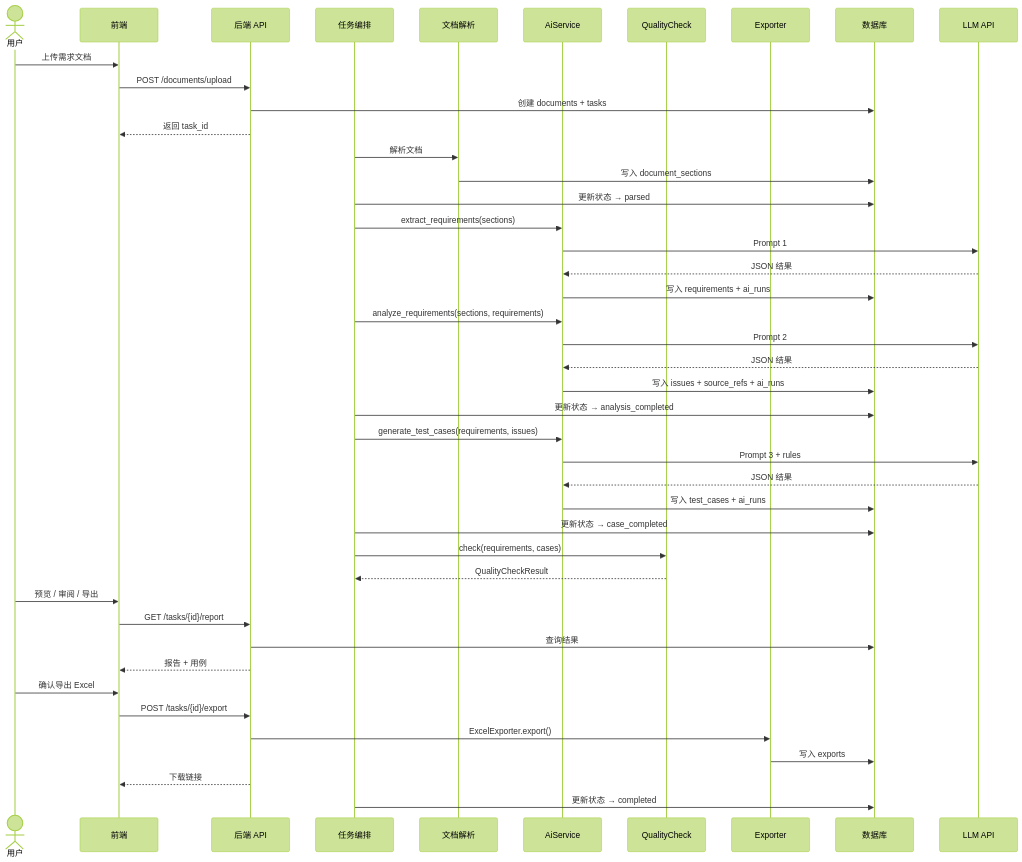
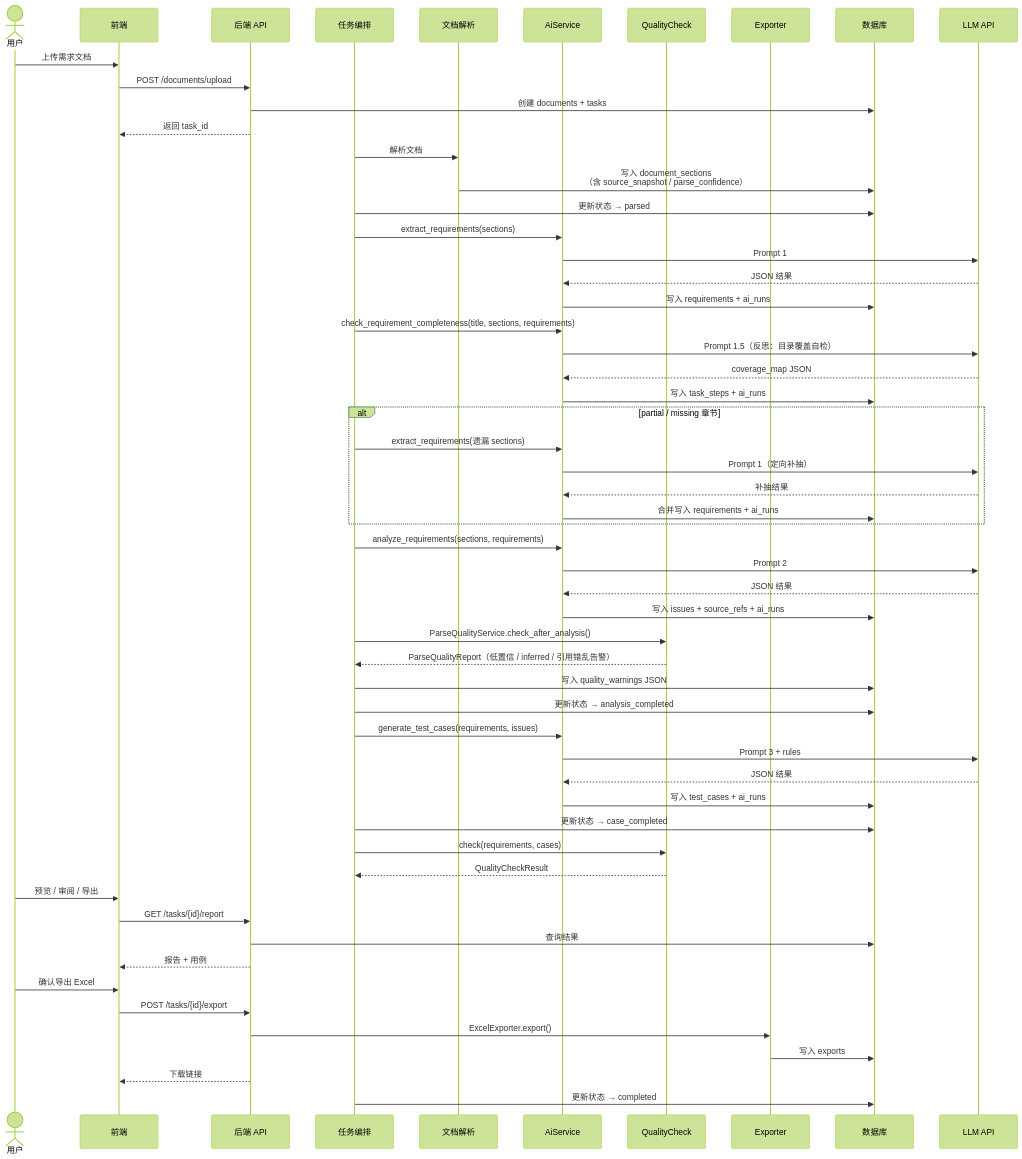
One commit to lauragao/ai-test-platform changed the tenth of 10 diagrams in 流程图.md. Above: the diagram before and after it, drawn with Mermaid (forest theme). The commit also changed other lines of this file and 38 other files, not shown here.

````diff
--- a/流程图.md
+++ b/流程图.md
@@ -351,54 +429,68 @@
 ```mermaid
 sequenceDiagram
     actor User as 用户
     participant FE as 前端
     participant API as 后端 API
     participant Task as 任务编排
     participant Parse as 文档解析
     participant AI as AiService
     participant QC as QualityCheck
     participant EXP as Exporter
     participant DB as 数据库
     participant LLM as LLM API
 
     User->>FE: 上传需求文档
     FE->>API: POST /documents/upload
     API->>DB: 创建 documents + tasks
     API-->>FE: 返回 task_id
 
     Task->>Parse: 解析文档
-    Parse->>DB: 写入 document_sections
+    Parse->>DB: 写入 document_sections<br/>（含 source_snapshot / parse_confidence）
     Task->>DB: 更新状态 → parsed
 
     Task->>AI: extract_requirements(sections)
     AI->>LLM: Prompt 1
     LLM-->>AI: JSON 结果
     AI->>DB: 写入 requirements + ai_runs
 
+    Task->>AI: check_requirement_completeness(title, sections, requirements)
+    AI->>LLM: Prompt 1.5（反思：目录覆盖自检）
+    LLM-->>AI: coverage_map JSON
+    AI->>DB: 写入 task_steps + ai_runs
+    alt partial / missing 章节
+        Task->>AI: extract_requirements(遗漏 sections)
+        AI->>LLM: Prompt 1（定向补抽）
+        LLM-->>AI: 补抽结果
+        AI->>DB: 合并写入 requirements + ai_runs
+    end
+
     Task->>AI: analyze_requirements(sections, requirements)
     AI->>LLM: Prompt 2
     LLM-->>AI: JSON 结果
     AI->>DB: 写入 issues + source_refs + ai_runs
+    Task->>QC: ParseQualityService.check_after_analysis()
+    QC-->>Task: ParseQualityReport（低置信 / inferred / 引用错乱告警）
+    Task->>DB: 写入 quality_warnings JSON
     Task->>DB: 更新状态 → analysis_completed
 
     Task->>AI: generate_test_cases(requirements, issues)
     AI->>LLM: Prompt 3 + rules
     LLM-->>AI: JSON 结果
     AI->>DB: 写入 test_cases + ai_runs
     Task->>DB: 更新状态 → case_completed
 
     Task->>QC: check(requirements, cases)
     QC-->>Task: QualityCheckResult
 
     User->>FE: 预览 / 审阅 / 导出
     FE->>API: GET /tasks/{id}/report
     API->>DB: 查询结果
     API-->>FE: 报告 + 用例
 
     User->>FE: 确认导出 Excel
     FE->>API: POST /tasks/{id}/export
     API->>EXP: ExcelExporter.export()
     EXP->>DB: 写入 exports
     API-->>FE: 下载链接
     Task->>DB: 更新状态 → completed
 ```
````
